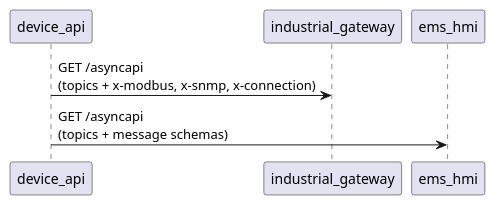
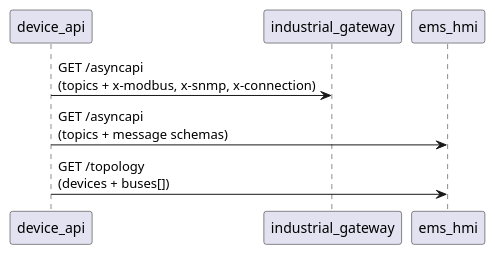
The third of 3 diagrams in readme.md (arcnode-io/ems-device-api), drawn with PlantUML before and after one commit. The commit also changed other lines of this file, not shown here.

````diff
--- a/readme.md
+++ b/readme.md
@@ -66,8 +68,9 @@
 ```plantuml
 participant device_api
 participant industrial_gateway
 participant ems_hmi
 
 device_api -> industrial_gateway: GET /asyncapi\n(topics + x-modbus, x-snmp, x-connection)
 device_api -> ems_hmi: GET /asyncapi\n(topics + message schemas)
+device_api -> ems_hmi: GET /topology\n(devices + buses[])
 ```
````
